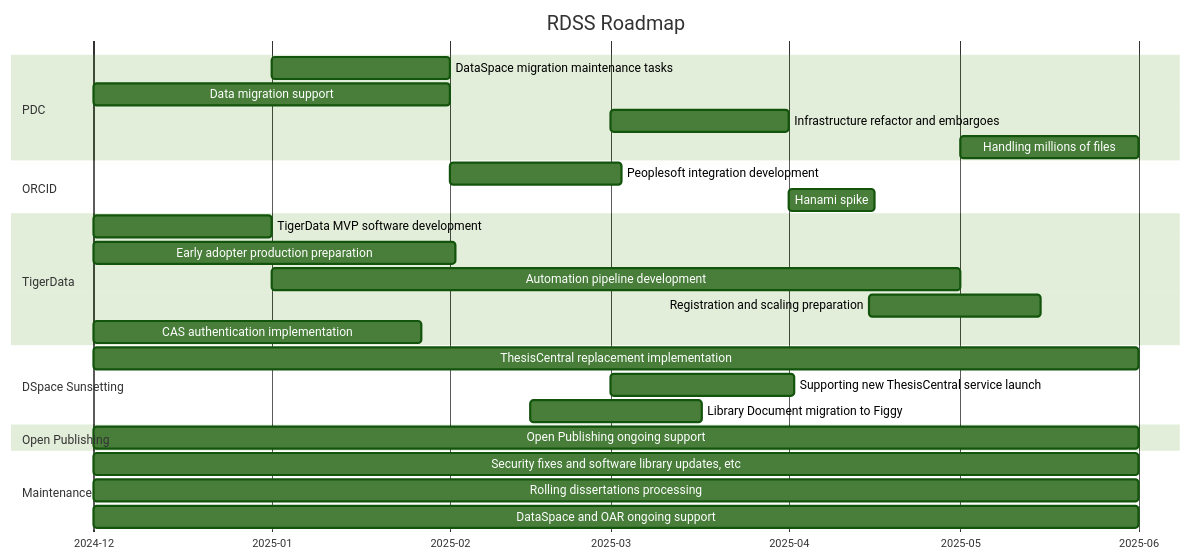
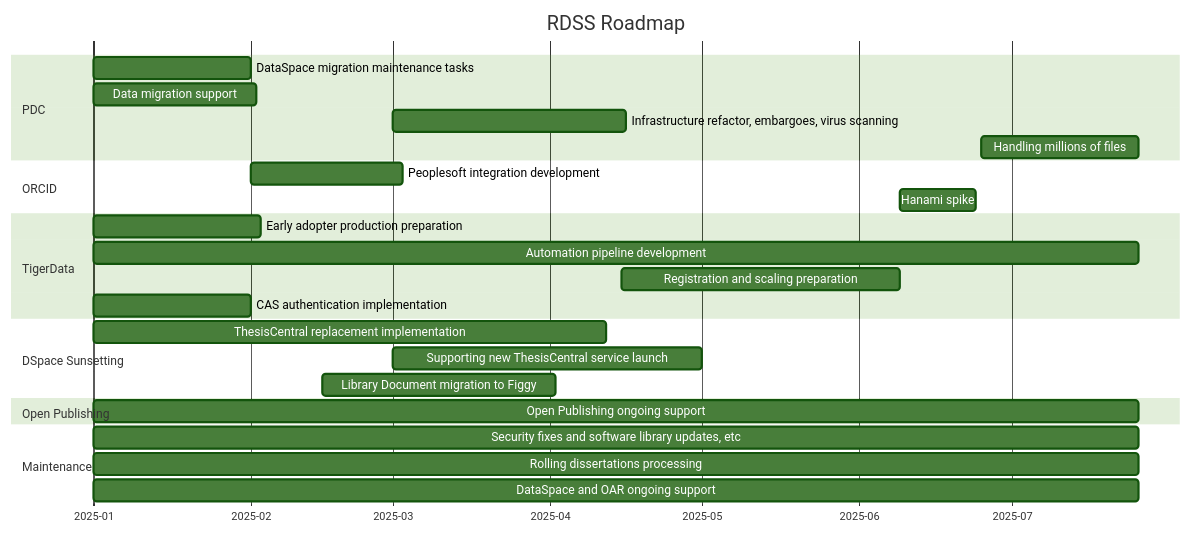
The diagram in roadmap.md (pulibrary/rdss-handbook), drawn with Mermaid (forest theme) before and after one commit.

Commit message:
Updated roadmap

````diff
--- a/roadmap.md
+++ b/roadmap.md
@@ -5,30 +5,29 @@
 ```mermaid
 gantt
     title RDSS Roadmap
     axisFormat  %Y-%m
     dateformat YYYY-MM
     section PDC
     DataSpace migration maintenance tasks: pd1,2025-01-01,31d
-    Data migration support: pd2,2024-12-01,62d
-    Infrastructure refactor and embargoes: pd3, 2025-03-01, 31d
-    Handling millions of files: pd5, 2025-05-01, 31d
+    Data migration support: pd2,2025-01-01,32d
+    Infrastructure refactor, embargoes, virus scanning: pd3, 2025-03-01, 46d
+    Handling millions of files: pd5, 2025-06-25, 31d
     section ORCID
     Peoplesoft integration development: or1,2025-02-01,30d
-    Hanami spike: 2025-04-01, 15d
+    Hanami spike: 2025-06-09, 15d
     section TigerData
-    TigerData MVP software development: td1,2024-12-01,31d
-    Early adopter production preparation: td1,2024-12-01,63d
-    Automation pipeline development: td3,2025-01-01,120d 
-    Registration and scaling preparation: td5, 2025-04-15, 30d
-    CAS authentication implementation: td4,2024-12-01,57d
+    Early adopter production preparation: td1,2025-01-01,33d
+    Automation pipeline development: td3,2025-01-01,206d 
+    Registration and scaling preparation: td5, 2025-04-15,55d
+    CAS authentication implementation: td4,2025-01-01,31d
     section DSpace Sunsetting
-    ThesisCentral replacement implementation: dsps1,2024-12-01,182d
-    Supporting new ThesisCentral service launch: dsps2,2025-03-01,32d
-    Library Document migration to Figgy: dsps3,2025-02-15,30d
+    ThesisCentral replacement implementation: dsps1,2025-01-01,101d
+    Supporting new ThesisCentral service launch: dsps2,2025-03-01,61d
+    Library Document migration to Figgy: dsps3,2025-02-15,46d
     section Open Publishing
-    Open Publishing ongoing support: dsp3,2024-12-01,182d
+    Open Publishing ongoing support: dsp3,2025-01-01,206d
     section Maintenance
-    Security fixes and software library updates, etc: dsp1,2024-12-01,182d
-    Rolling dissertations processing: dsp2,2024-12-01,182d
-    DataSpace and OAR ongoing support: dsp3,2024-12-01,182d
+    Security fixes and software library updates, etc: dsp1,2025-01-01,206d
+    Rolling dissertations processing: dsp2,2025-01-01,206d
+    DataSpace and OAR ongoing support: dsp3,2025-01-01,206d
 ```
````
